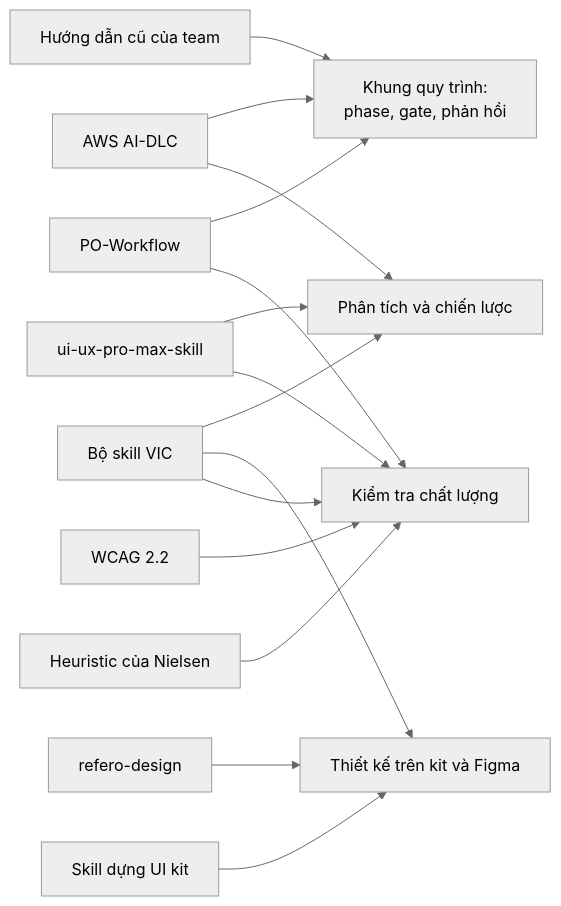
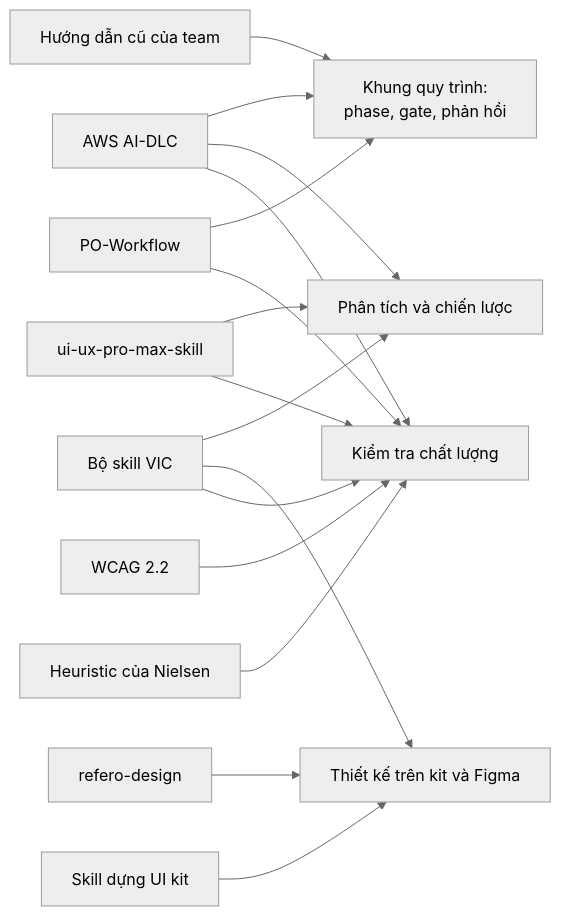
One commit to buidhui/uiux_workflow changed the tenth of 10 diagrams in README.md. Above: the diagram before and after it, drawn with Mermaid (neutral theme). The commit also changed other lines of this file and 10 other files, not shown here.

````diff
--- a/README.md
+++ b/README.md
@@ -427,17 +427,18 @@
 ```mermaid
 flowchart LR
   N1["Hướng dẫn cũ của team"] --> G1["Khung quy trình:<br/>phase, gate, phản hồi"]
   N2["AWS AI-DLC"] --> G1
   N3["PO-Workflow"] --> G1
   N2 --> G2["Phân tích và chiến lược"]
   N4["Bộ skill VIC"] --> G2
   N7["ui-ux-pro-max-skill"] --> G2
   N4 --> G3["Thiết kế trên kit và Figma"]
   N5["refero-design"] --> G3
   N6["Skill dựng UI kit"] --> G3
   N4 --> G4["Kiểm tra chất lượng"]
   N7 --> G4
+  N2 --> G4
   N3 --> G4
   N8["WCAG 2.2"] --> G4
   N9["Heuristic của Nielsen"] --> G4
 ```
````
